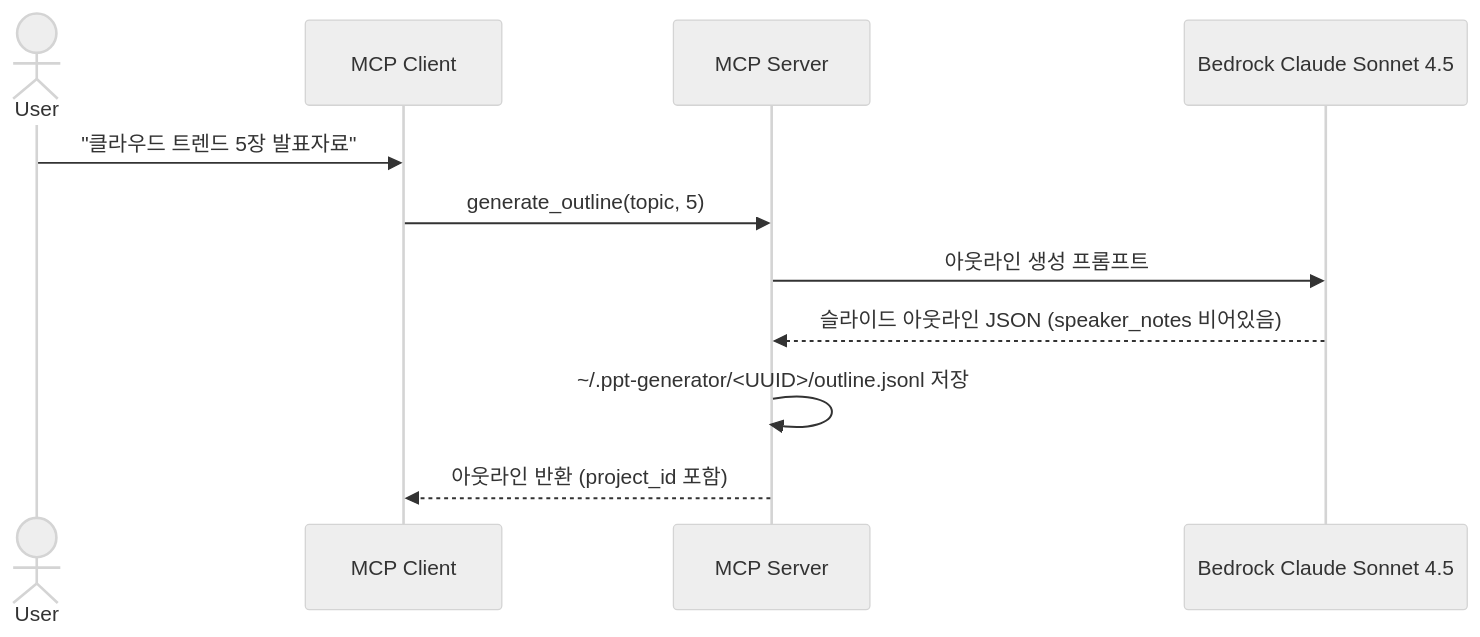
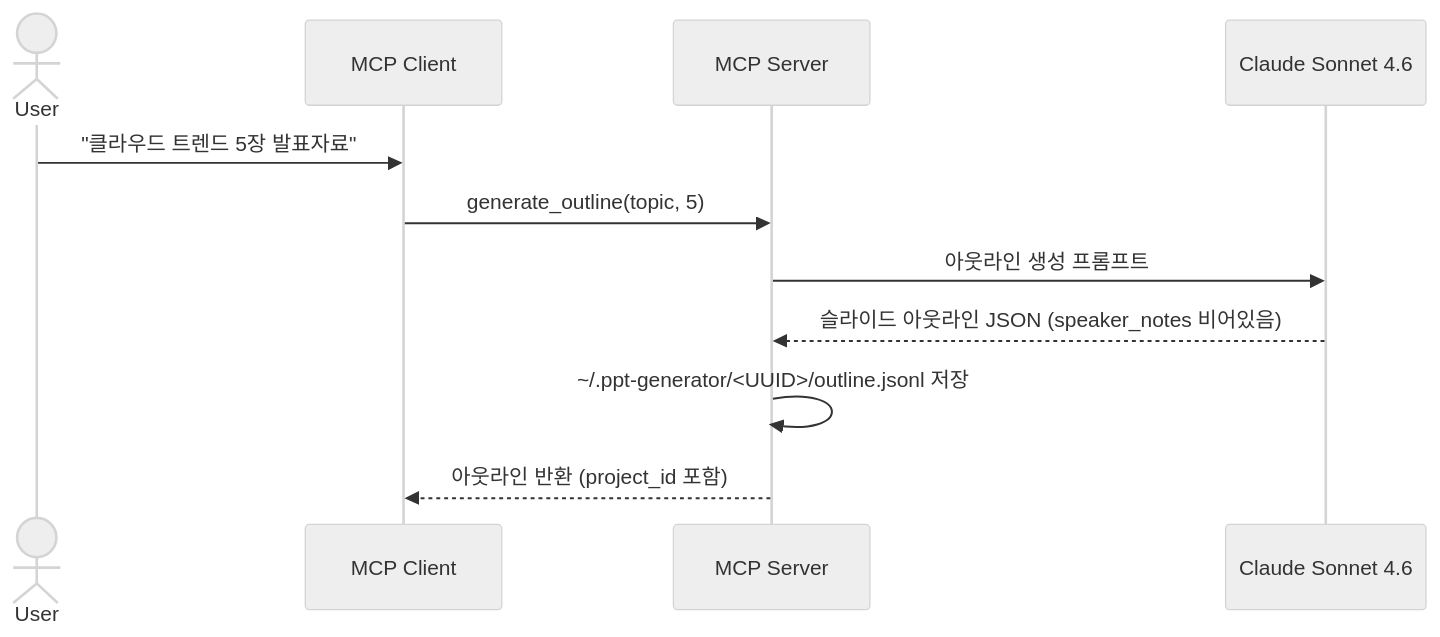
The diagram in docs/adr/pipeline/0001-outline-generation.md (haandol/ppt-generator), drawn with Mermaid (neutral theme) before and after one commit. The commit also changed other lines of this file and 12 other files, not shown here.

````diff
--- a/docs/adr/pipeline/0001-outline-generation.md
+++ b/docs/adr/pipeline/0001-outline-generation.md
@@ -50,14 +50,14 @@
 ```mermaid
 sequenceDiagram
     actor User
     participant Client as MCP Client
     participant Server as MCP Server
-    participant LLM as Bedrock Claude Sonnet 4.5
+    participant LLM as Claude Sonnet 4.6
 
     User->>Client: "클라우드 트렌드 5장 발표자료"
     Client->>Server: generate_outline(topic, 5)
     Server->>LLM: 아웃라인 생성 프롬프트
     LLM-->>Server: 슬라이드 아웃라인 JSON (speaker_notes 비어있음)
     Server->>Server: ~/.ppt-generator/<UUID>/outline.jsonl 저장
     Server-->>Client: 아웃라인 반환 (project_id 포함)
 ```
````
